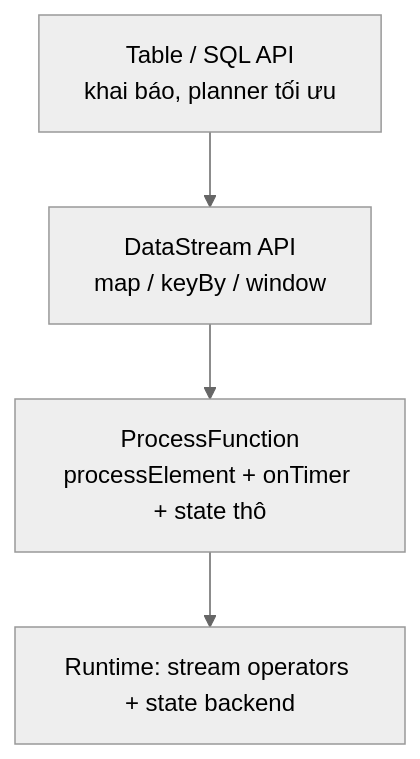
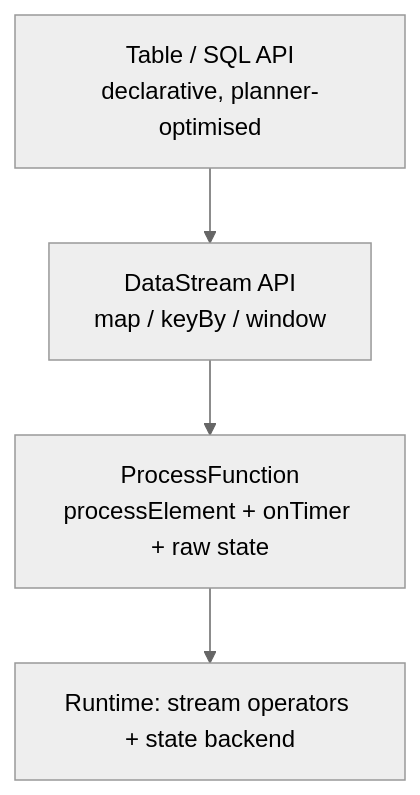
Before and after one commit to vuhoang001/knowledge: the diagram in i18n/en/docusaurus-plugin-content-docs/current/etl/flink/skills/datastream-vs-table-sql.md, drawn with Mermaid (neutral theme). The commit also changed other lines of this file and 21 other files, not shown here.

````diff
--- a/i18n/en/docusaurus-plugin-content-docs/current/etl/flink/skills/datastream-vs-table-sql.md
+++ b/i18n/en/docusaurus-plugin-content-docs/current/etl/flink/skills/datastream-vs-table-sql.md
@@ -37,6 +36,6 @@
 ```mermaid
 graph TD
-    A["Table / SQL API<br/>khai báo, planner tối ưu"] --> B["DataStream API<br/>map / keyBy / window"]
-    B --> C["ProcessFunction<br/>processElement + onTimer + state thô"]
+    A["Table / SQL API<br/>declarative, planner-optimised"] --> B["DataStream API<br/>map / keyBy / window"]
+    B --> C["ProcessFunction<br/>processElement + onTimer + raw state"]
     C --> D["Runtime: stream operators + state backend"]
 ```
````
